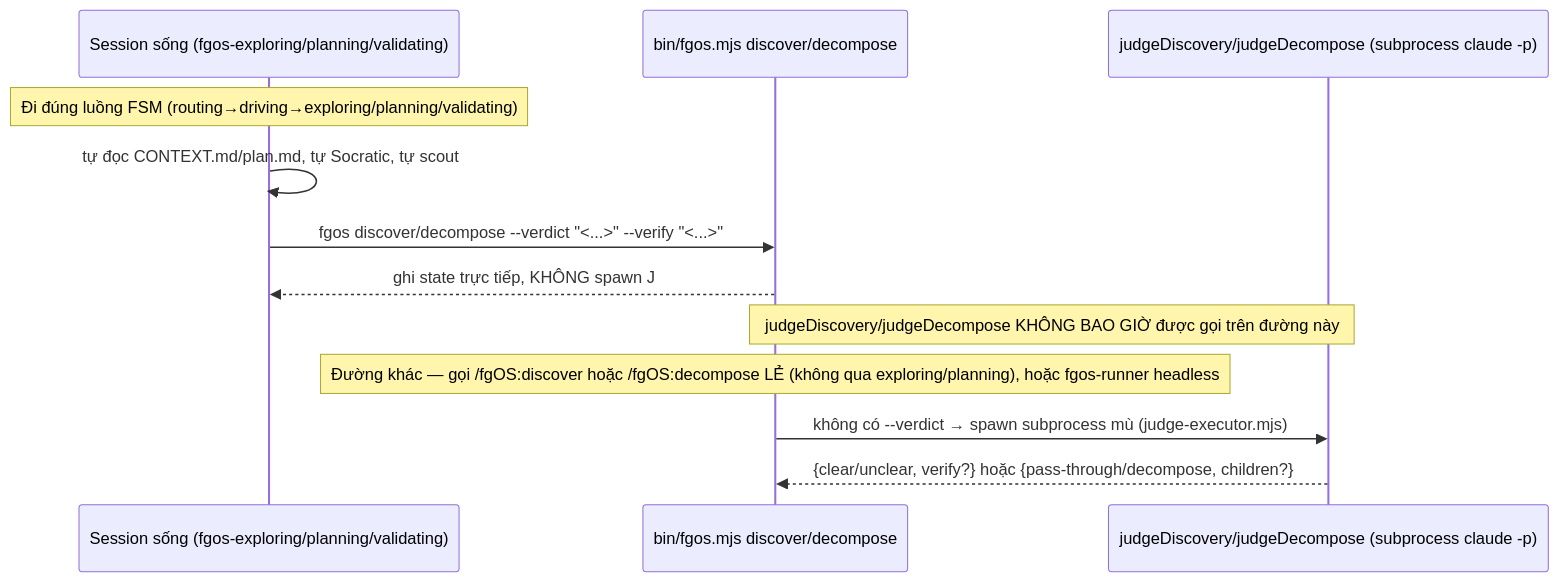
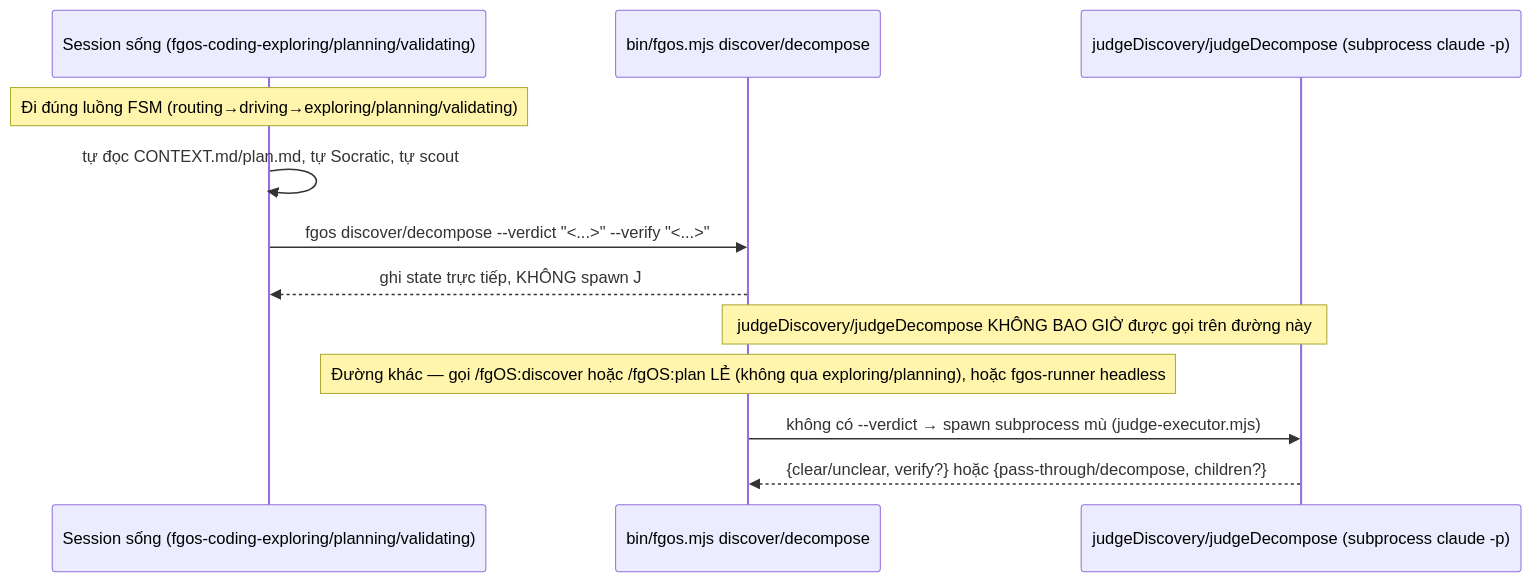
The second of 5 diagrams in plans/reports/internal-research-260803-2223-fgos-pick-lifecycle-diagrams-report.md (vantt/forgent), drawn with Mermaid before and after one commit. The commit also changed other lines of this file and 671 other files, not shown here.

````diff
--- a/plans/reports/internal-research-260803-2223-fgos-pick-lifecycle-diagrams-report.md
+++ b/plans/reports/internal-research-260803-2223-fgos-pick-lifecycle-diagrams-report.md
@@ -69,16 +69,16 @@
 ```mermaid
 sequenceDiagram
-    participant S as Session sống (fgos-exploring/planning/validating)
+    participant S as Session sống (fgos-coding-exploring/planning/validating)
     participant CLI as bin/fgos.mjs discover/decompose
     participant J as judgeDiscovery/judgeDecompose (subprocess claude -p)
 
     Note over S: Đi đúng luồng FSM (routing→driving→exploring/planning/validating)
     S->>S: tự đọc CONTEXT.md/plan.md, tự Socratic, tự scout
     S->>CLI: fgos discover/decompose --verdict "<...>" --verify "<...>"
     CLI-->>S: ghi state trực tiếp, KHÔNG spawn J
     Note over CLI,J: judgeDiscovery/judgeDecompose KHÔNG BAO GIỜ được gọi trên đường này
 
-    Note over CLI: Đường khác — gọi /fgOS:discover hoặc /fgOS:decompose LẺ (không qua exploring/planning), hoặc fgos-runner headless
+    Note over CLI: Đường khác — gọi /fgOS:discover hoặc /fgOS:plan LẺ (không qua exploring/planning), hoặc fgos-runner headless
     CLI->>J: không có --verdict → spawn subprocess mù (judge-executor.mjs)
     J-->>CLI: {clear/unclear, verify?} hoặc {pass-through/decompose, children?}
 ```
````
